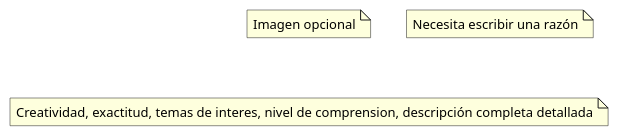
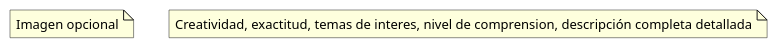
The diagram in notes.puml (PricedTuna/leairn-uc), drawn with PlantUML before and after one commit. The commit also changed 2 other files, not shown here.

```diff
--- a/notes.puml
+++ b/notes.puml
@@ -1,4 +1,3 @@
 ' Notes module
 note "Imagen opcional" as OptionalImage_Note
-note "Necesita escribir una razón" as Razon_Note
 note "Creatividad, exactitud, temas de interes, nivel de comprension, descripción completa detallada" as IAConfigurations_Note
```
